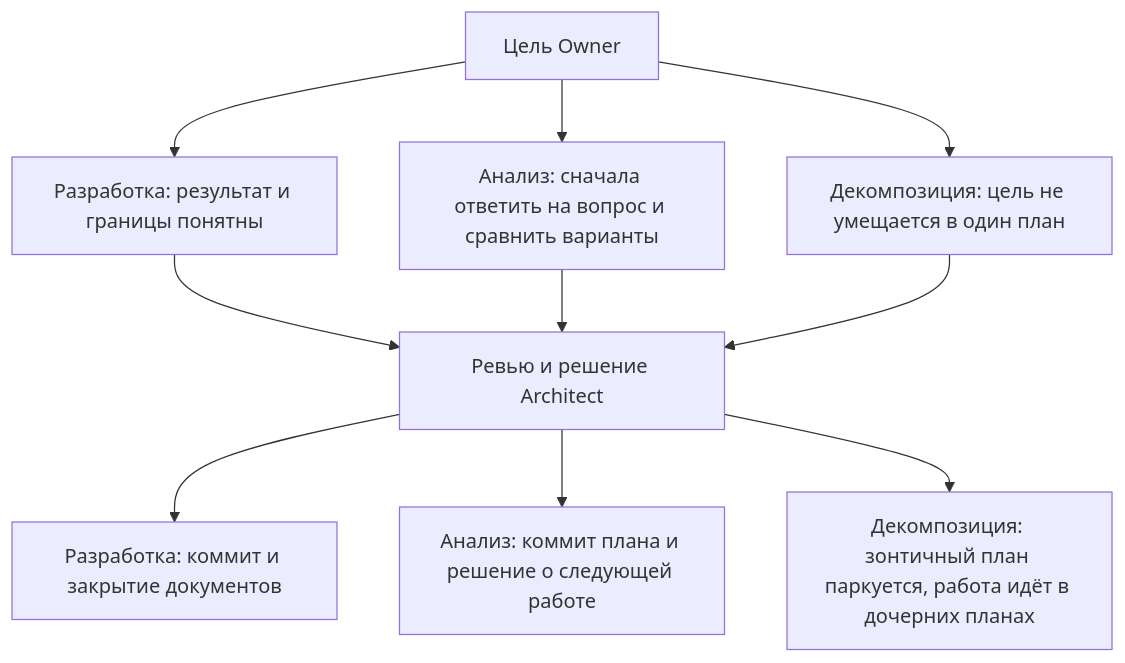
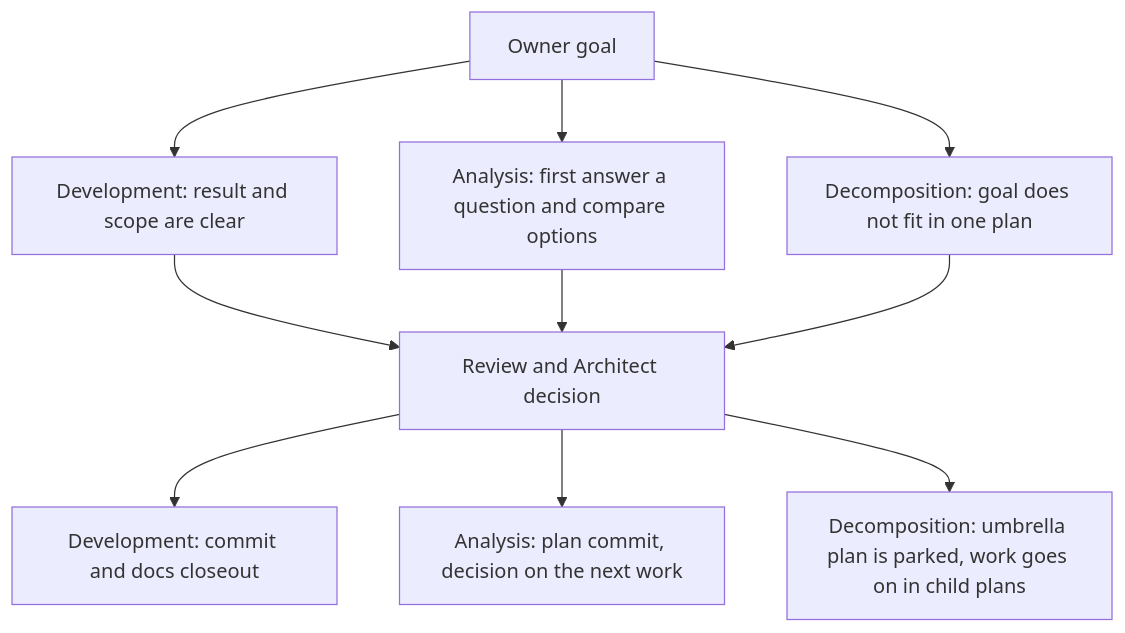
The diagram in docs/guides/learn/assets/work-contours-1.mmd (planveyor/planveyor), drawn with Mermaid before and after one commit. The commit also changed 124 other files, not shown here.

```diff
--- a/docs/guides/learn/assets/work-contours-1.mmd
+++ b/docs/guides/learn/assets/work-contours-1.mmd
@@ -1,10 +1,10 @@
 flowchart TB
-I["Цель Owner"] --> D["Разработка: результат и границы понятны"]
-I --> A["Анализ: сначала ответить на вопрос и сравнить варианты"]
-I --> S["Декомпозиция: цель не умещается в один план"]
-D --> R["Ревью и решение Architect"]
+I["Owner goal"] --> D["Development: result and scope are clear"]
+I --> A["Analysis: first answer a question and compare options"]
+I --> S["Decomposition: goal does not fit in one plan"]
+D --> R["Review and Architect decision"]
 A --> R
 S --> R
-R --> CD["Разработка: коммит и закрытие документов"]
-R --> CA["Анализ: коммит плана и решение о следующей работе"]
-R --> CS["Декомпозиция: зонтичный план паркуется, работа идёт в дочерних планах"]
+R --> CD["Development: commit and docs closeout"]
+R --> CA["Analysis: plan commit, decision on the next work"]
+R --> CS["Decomposition: umbrella plan is parked, work goes on in child plans"]
```
